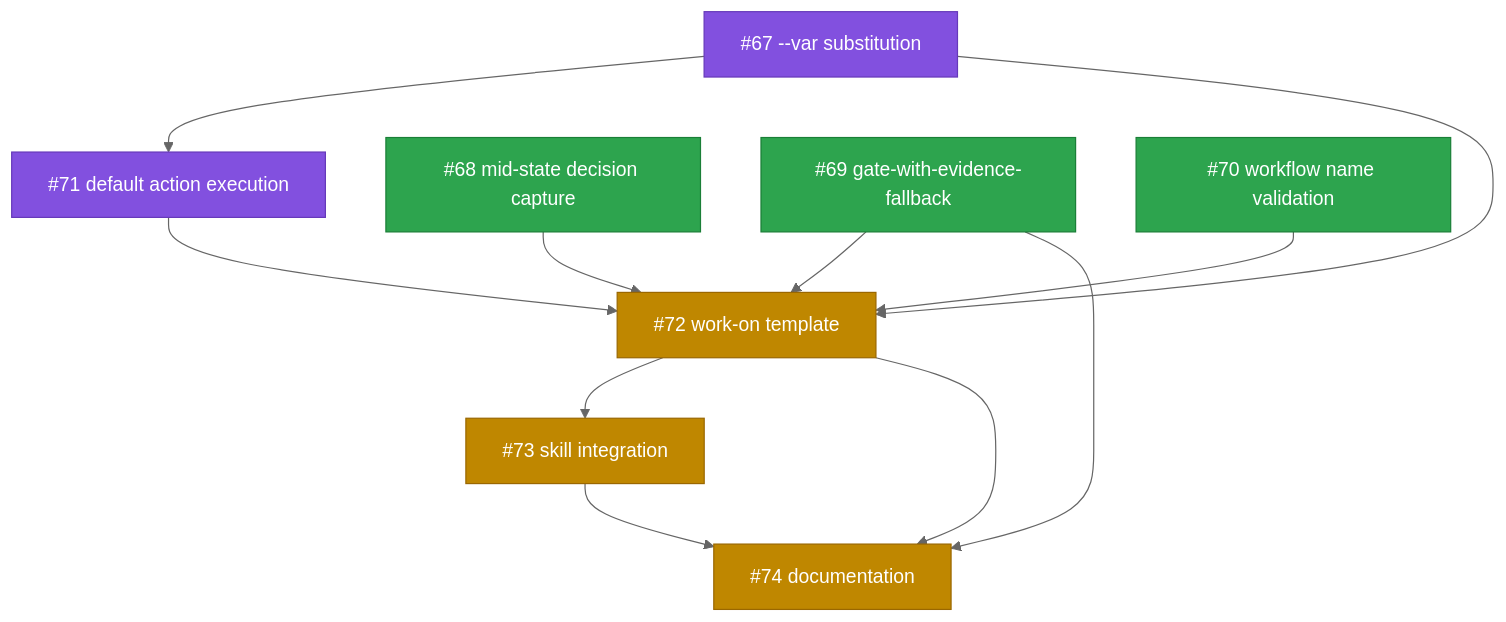
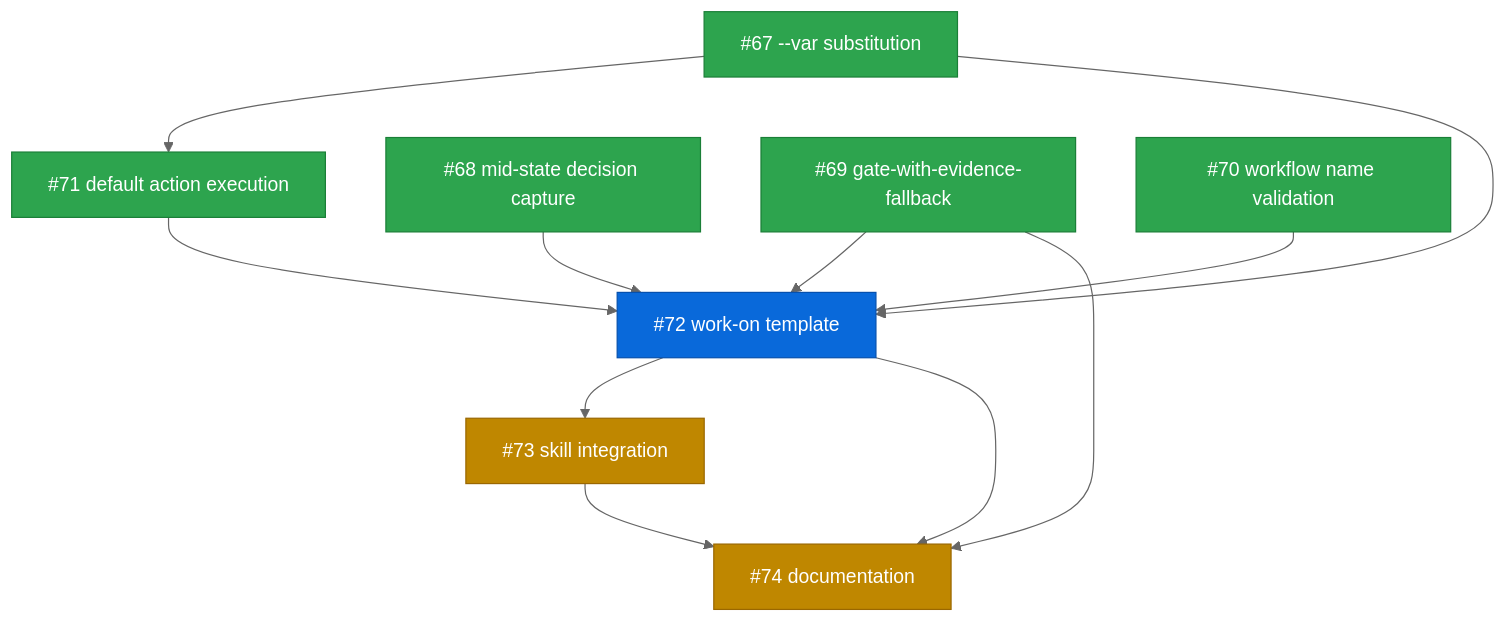
One commit to tsukumogami/koto changed the diagram in docs/plans/PLAN-shirabe-work-on-template.md. Above: the diagram before and after it, drawn with Mermaid (neutral theme). The commit also changed other lines of this file, not shown here.

Commit message:
docs(plan): mark #67 and #71 as done, #72 now ready

````diff
--- a/docs/plans/PLAN-shirabe-work-on-template.md
+++ b/docs/plans/PLAN-shirabe-work-on-template.md
@@ -45,37 +45,36 @@
 ```mermaid
 graph TD
     I67["#67 --var substitution"]
     I71["#71 default action execution"]
     I68["#68 mid-state decision capture"]
     I69["#69 gate-with-evidence-fallback"]
     I70["#70 workflow name validation"]
     I72["#72 work-on template"]
     I73["#73 skill integration"]
     I74["#74 documentation"]
 
     I67 --> I71
     I67 --> I72
     I71 --> I72
     I68 --> I72
     I69 --> I72
     I70 --> I72
     I69 --> I74
     I72 --> I73
     I72 --> I74
     I73 --> I74
 
     classDef done fill:#2da44e,stroke:#1a7f37,color:white
     classDef ready fill:#0969da,stroke:#0550ae,color:white
     classDef blocked fill:#bf8700,stroke:#9a6700,color:white
     classDef needsDesign fill:#8250df,stroke:#6639ba,color:white
     classDef needsPrd fill:#cf222e,stroke:#a40e26,color:white
     classDef needsSpike fill:#bf3989,stroke:#99286e,color:white
     classDef needsDecision fill:#e16f24,stroke:#b35900,color:white
     classDef tracksDesign fill:#8250df,stroke:#6639ba,color:white,stroke-dasharray: 5 5
     classDef tracksPlan fill:#0969da,stroke:#0550ae,color:white,stroke-dasharray: 5 5
 
-    class I68,I69,I70 done
-    class I67 needsDesign
-    class I71 needsDesign
-    class I72,I73,I74 blocked
+    class I67,I68,I69,I70,I71 done
+    class I72 ready
+    class I73,I74 blocked
 ```
````
